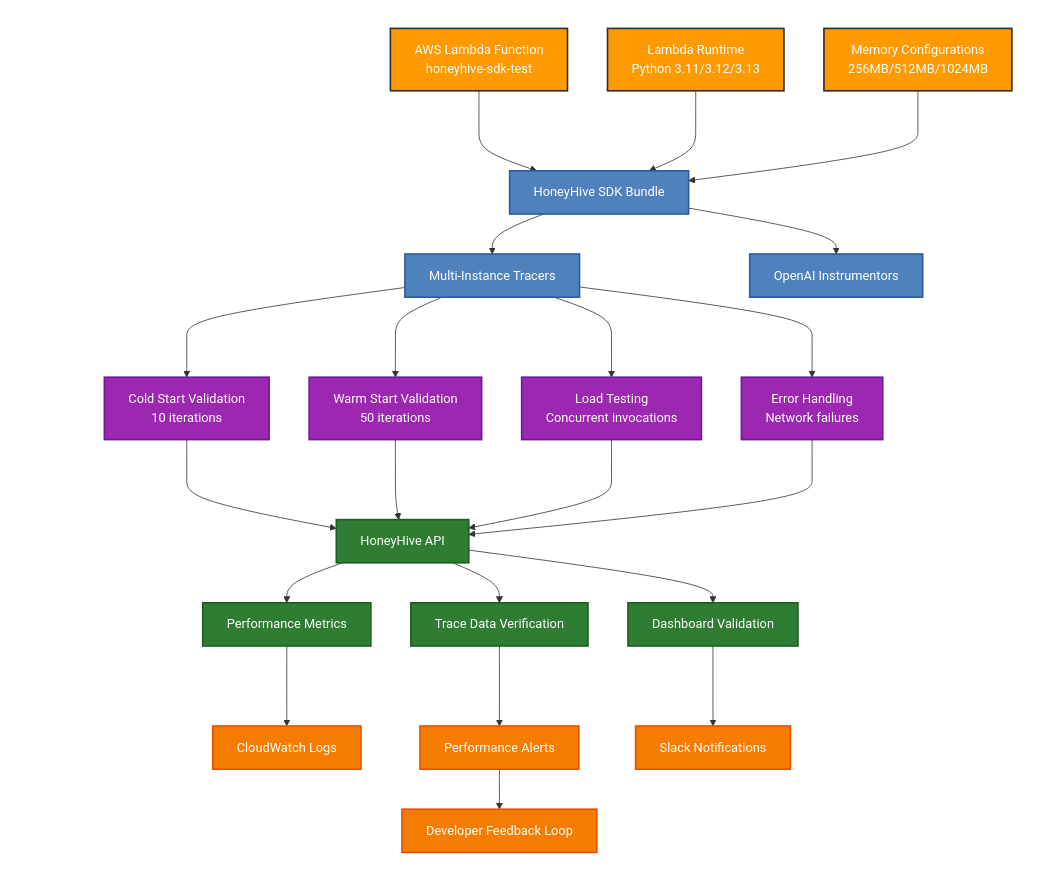
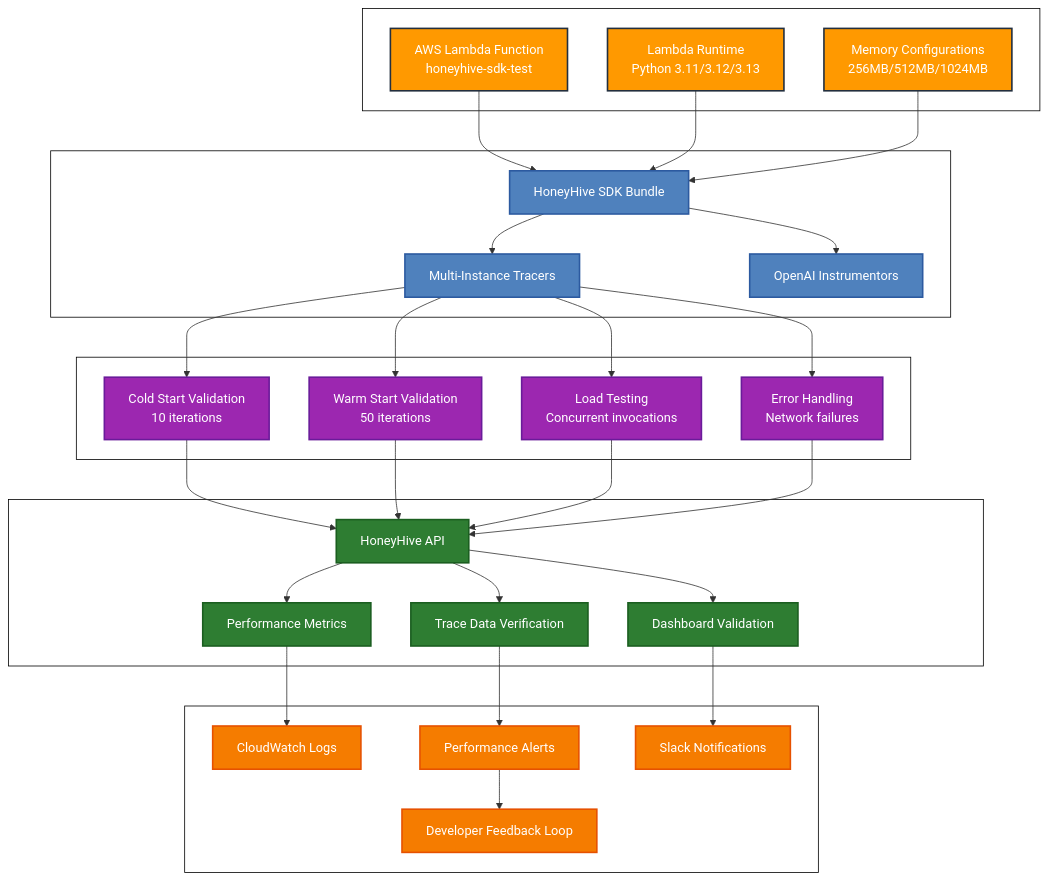
One commit to honeyhiveai/python-sdk changed the fifth of 5 diagrams in docs/development/testing/lambda-testing.rst. Above: the diagram before and after it, drawn with Mermaid. The commit also changed other lines of this file and 1 other file, not shown here.

First line of the commit message:
fix: optimize Mermaid node labels for Firefox compatibility

```diff
--- a/docs/development/testing/lambda-testing.rst
+++ b/docs/development/testing/lambda-testing.rst
@@ -886,74 +886,74 @@
 .. mermaid::
 
-   %%{init: {'theme':'base', 'themeVariables': {'primaryColor': '#4F81BD', 'primaryTextColor': '#ffffff', 'primaryBorderColor': '#ffffff', 'lineColor': '#333333', 'mainBkg': 'transparent', 'secondBkg': 'transparent', 'tertiaryColor': 'transparent', 'clusterBkg': 'transparent', 'clusterBorder': '#ffffff', 'edgeLabelBackground': 'transparent', 'background': 'transparent'}, 'flowchart': {'linkColor': '#333333', 'linkWidth': 2}}}%%
+   %%{init: {'theme':'base', 'themeVariables': {'primaryColor': '#4F81BD', 'primaryTextColor': '#ffffff', 'primaryBorderColor': '#000000', 'lineColor': '#333333', 'mainBkg': 'transparent', 'secondBkg': 'transparent', 'tertiaryColor': 'transparent', 'clusterBkg': 'transparent', 'clusterBorder': '#000000', 'edgeLabelBackground': 'transparent', 'background': 'transparent'}, 'flowchart': {'linkColor': '#333333', 'linkWidth': 2}}}%%
    graph TB
        subgraph "AWS Lambda Environment"
            LAMBDA[AWS Lambda Function<br/>honeyhive-sdk-test]
            RUNTIME[Lambda Runtime<br/>Python 3.11/3.12/3.13]
            MEM[Memory Configurations<br/>256MB/512MB/1024MB]
        end
        
        subgraph "HoneyHive SDK"
            SDK[HoneyHive SDK Bundle]
            TRACER[Multi-Instance Tracers]
            INSTR[OpenAI Instrumentors]
        end
        
        subgraph "Real Integration Tests"
            COLD[Cold Start Validation<br/>10 iterations]
            WARM[Warm Start Validation<br/>50 iterations]
            LOAD[Load Testing<br/>Concurrent invocations]
            ERROR[Error Handling<br/>Network failures]
        end
        
        subgraph "HoneyHive Platform"
            API[HoneyHive API]
            DASH[Dashboard Validation]
            TRACES[Trace Data Verification]
            METRICS[Performance Metrics]
        end
        
        subgraph "Monitoring & Alerting"
            WATCH[CloudWatch Logs]
            ALERT[Performance Alerts]
            SLACK[Slack Notifications]
            FEEDBACK[Developer Feedback Loop]
        end
        
        LAMBDA --> SDK
        RUNTIME --> SDK
        MEM --> SDK
        
        SDK --> TRACER
        SDK --> INSTR
        
        TRACER --> COLD
        TRACER --> WARM
        TRACER --> LOAD
        TRACER --> ERROR
        
        COLD --> API
        WARM --> API
        LOAD --> API
        ERROR --> API
        
        API --> DASH
        API --> TRACES
        API --> METRICS
        
        METRICS --> WATCH
        TRACES --> ALERT
        DASH --> SLACK
        ALERT --> FEEDBACK
        
        classDef aws fill:#ff9900,stroke:#232f3e,stroke-width:2px,color:#ffffff
        classDef honeyhive fill:#4f81bd,stroke:#2c5aa0,stroke-width:2px,color:#ffffff
        classDef test fill:#9c27b0,stroke:#6a1b9a,stroke-width:2px,color:#ffffff
        classDef platform fill:#2e7d32,stroke:#1b5e20,stroke-width:2px,color:#ffffff
        classDef monitor fill:#f57c00,stroke:#e65100,stroke-width:2px,color:#ffffff
        
        class LAMBDA,RUNTIME,MEM aws
        class SDK,TRACER,INSTR honeyhive
        class COLD,WARM,LOAD,ERROR test
        class API,DASH,TRACES,METRICS platform
        class WATCH,ALERT,SLACK,FEEDBACK monitor
```
